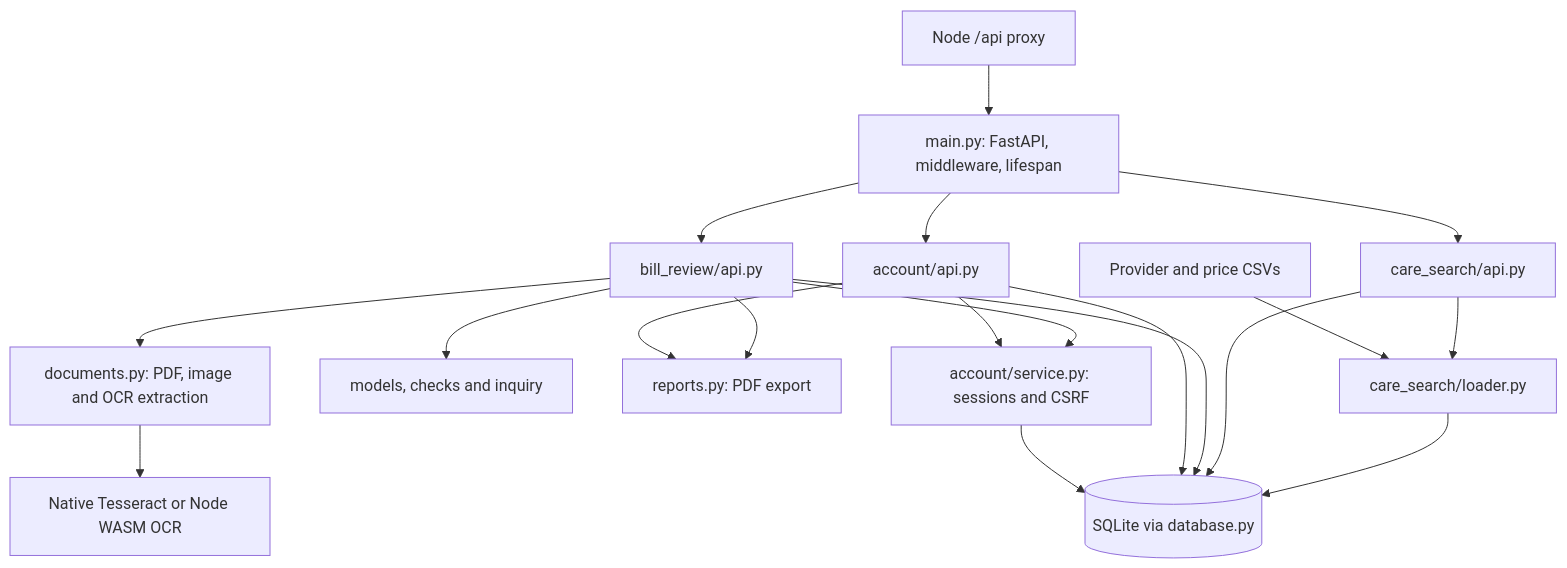
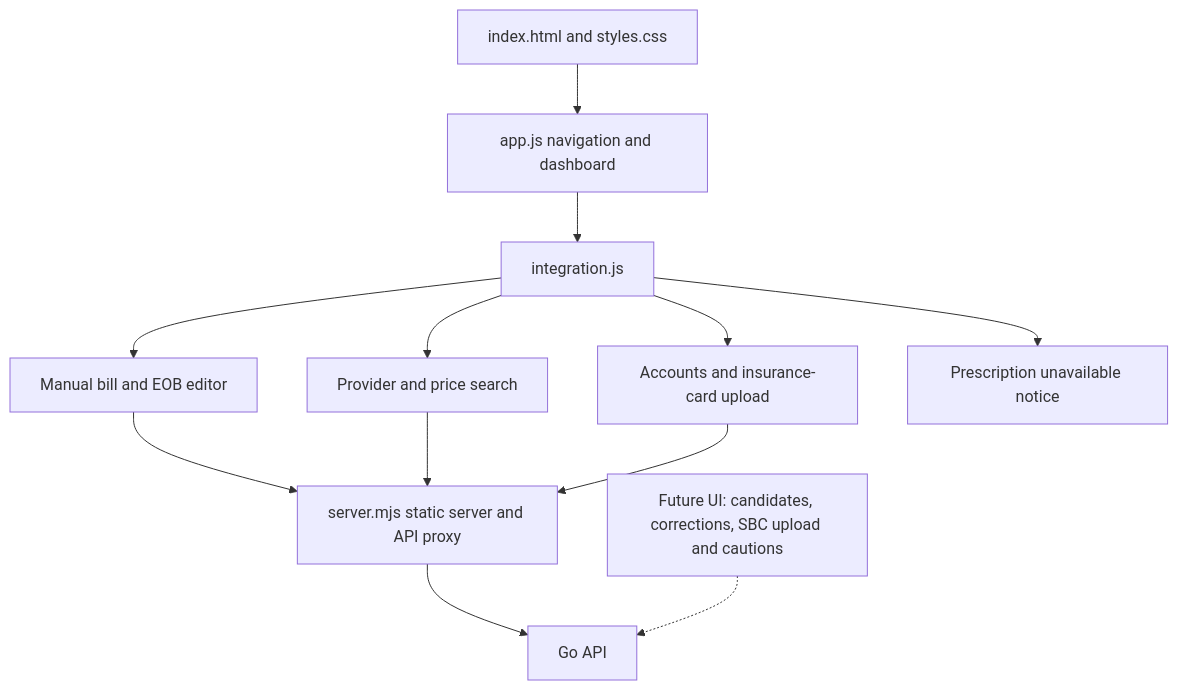
One commit to jadenC20/HealthcareLookup changed the second of 3 diagrams in ARCHITECTURE.md. Above: the diagram before and after it, drawn with Mermaid. The commit also changed other lines of this file and 30 other files, not shown here.

First line of the commit message:
Implement Go accounts and automated insurance plan lookup

````diff
--- a/ARCHITECTURE.md
+++ b/ARCHITECTURE.md
@@ -26,16 +33,12 @@
 ```mermaid
 flowchart TD
-    Proxy[Node /api proxy] --> Main[main.py: FastAPI, middleware, lifespan]
-    Main --> BillAPI[bill_review/api.py]
-    Main --> CareAPI[care_search/api.py]
-    Main --> AccountAPI[account/api.py]
-    BillAPI --> Extract[documents.py: PDF, image and OCR extraction]
-    Extract --> OCR[Native Tesseract or Node WASM OCR]
-    BillAPI --> Rules[models, checks and inquiry]
-    BillAPI --> Report[reports.py: PDF export]
-    AccountAPI --> Report
-    BillAPI & AccountAPI --> Auth[account/service.py: sessions and CSRF]
-    CareAPI --> Loader[care_search/loader.py]
-    CSV[Provider and price CSVs] --> Loader
-    Loader & CareAPI & BillAPI & AccountAPI & Auth --> DB[(SQLite via database.py)]
+    Shell[index.html and styles.css] --> App[app.js navigation and dashboard]
+    App --> Integration[integration.js]
+    Integration --> BillUI[Manual bill and EOB editor]
+    Integration --> CareUI[Provider and price search]
+    Integration --> Profile[Accounts and insurance-card upload]
+    Integration --> Meds[Prescription unavailable notice]
+    BillUI & CareUI & Profile --> Proxy[server.mjs static server and API proxy]
+    Proxy --> Go[Go API]
+    Future[Future UI: candidates, corrections, SBC upload and cautions] -.-> Go
 ```
````
